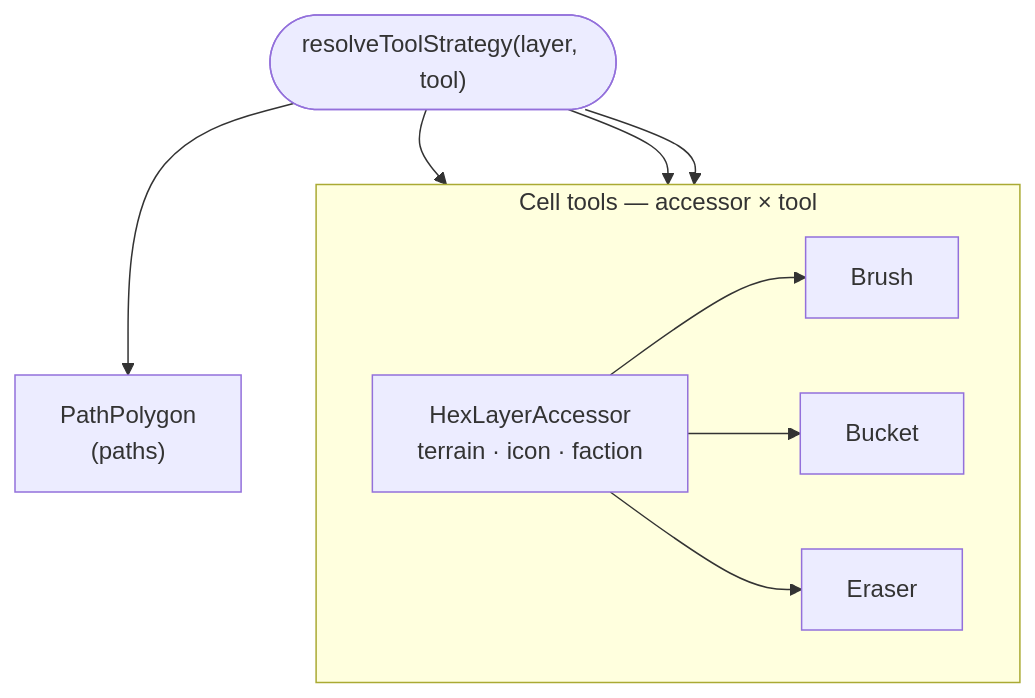
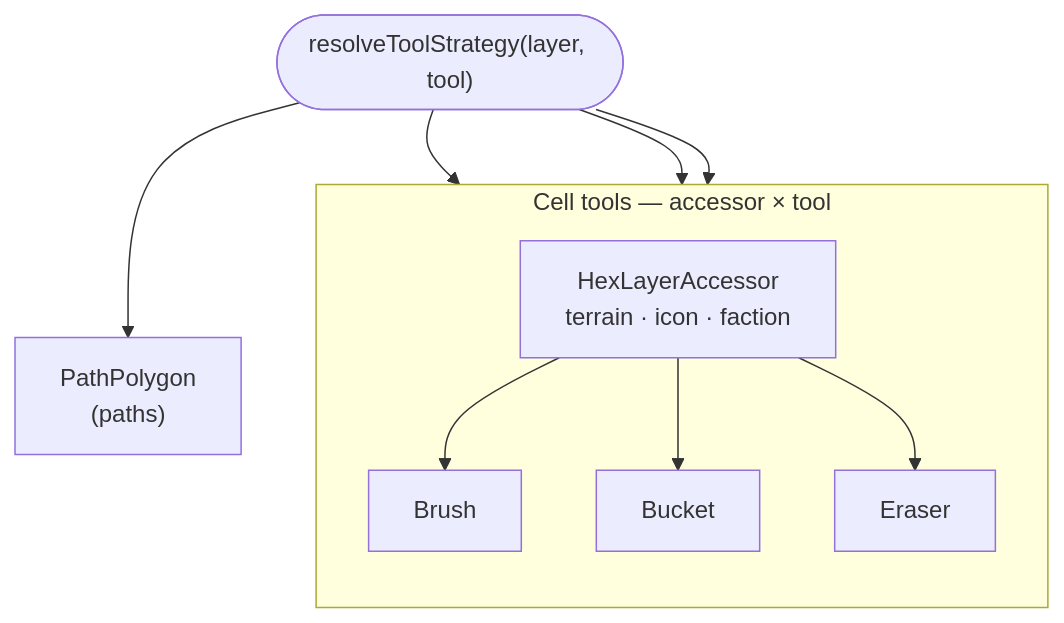
The diagram in docs/adr/0007-tool-strategy-system.md (JoelJansenD/obsidian-hexer), drawn with Mermaid before and after one commit. The commit also changed 3 other files, not shown here.

First line of the commit message:
Orient ADR flowchart diagrams top-down

````diff
--- a/docs/adr/0007-tool-strategy-system.md
+++ b/docs/adr/0007-tool-strategy-system.md
@@ -7,13 +7,13 @@
 ```mermaid
 flowchart TD
     R(["resolveToolStrategy(layer, tool)"])
     subgraph celltools["Cell tools — accessor × tool"]
-      direction LR
+      direction TD
       ACC["HexLayerAccessor<br/>terrain · icon · faction"]
       ACC --> BR[Brush]
       ACC --> BU[Bucket]
       ACC --> ER[Eraser]
     end
     PP["PathPolygon<br/>(paths)"]
     R --> BR & BU & ER & PP
 ```
````
